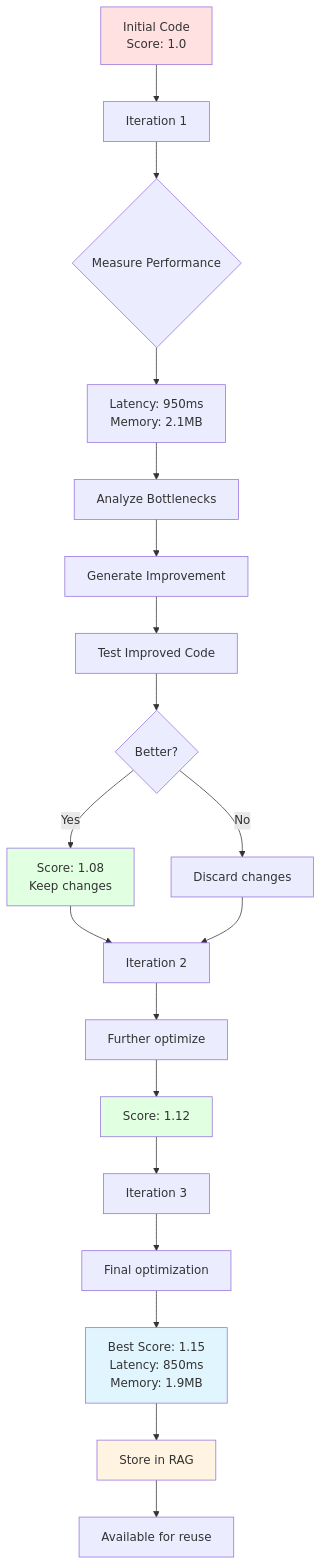
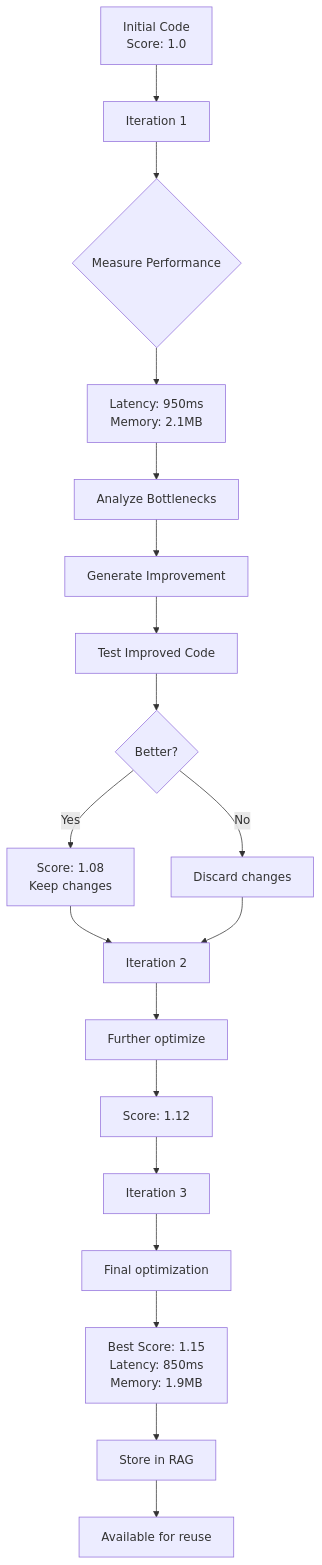
Before and after one commit to scottgal/mostlylucid.dse: the fourth of 7 diagrams in README.md, drawn with Mermaid. The commit also changed other lines of this file and 1 other file, not shown here.

````diff
--- a/README.md
+++ b/README.md
@@ -309,30 +301,26 @@
 ```mermaid
 graph TD
     A[Initial Code<br/>Score: 1.0] --> B[Iteration 1]
     B --> C{Measure Performance}
     C --> D[Latency: 950ms<br/>Memory: 2.1MB]
     D --> E[Analyze Bottlenecks]
     E --> F[Generate Improvement]
     F --> G[Test Improved Code]
     G --> H{Better?}
     H -->|Yes| I[Score: 1.08<br/>Keep changes]
     H -->|No| J[Discard changes]
 
     I --> K[Iteration 2]
     J --> K
     K --> L[Further optimize]
     L --> M[Score: 1.12]
 
     M --> N[Iteration 3]
     N --> O[Final optimization]
     O --> P[Best Score: 1.15<br/>Latency: 850ms<br/>Memory: 1.9MB]
 
     P --> Q[Store in RAG]
     Q --> R[Available for reuse]
 
-    style A fill:#ffe1e1
-    style I fill:#e1ffe1
-    style M fill:#e1ffe1
-    style P fill:#e1f5ff
-    style Q fill:#fff3e1
+
 ```
````
